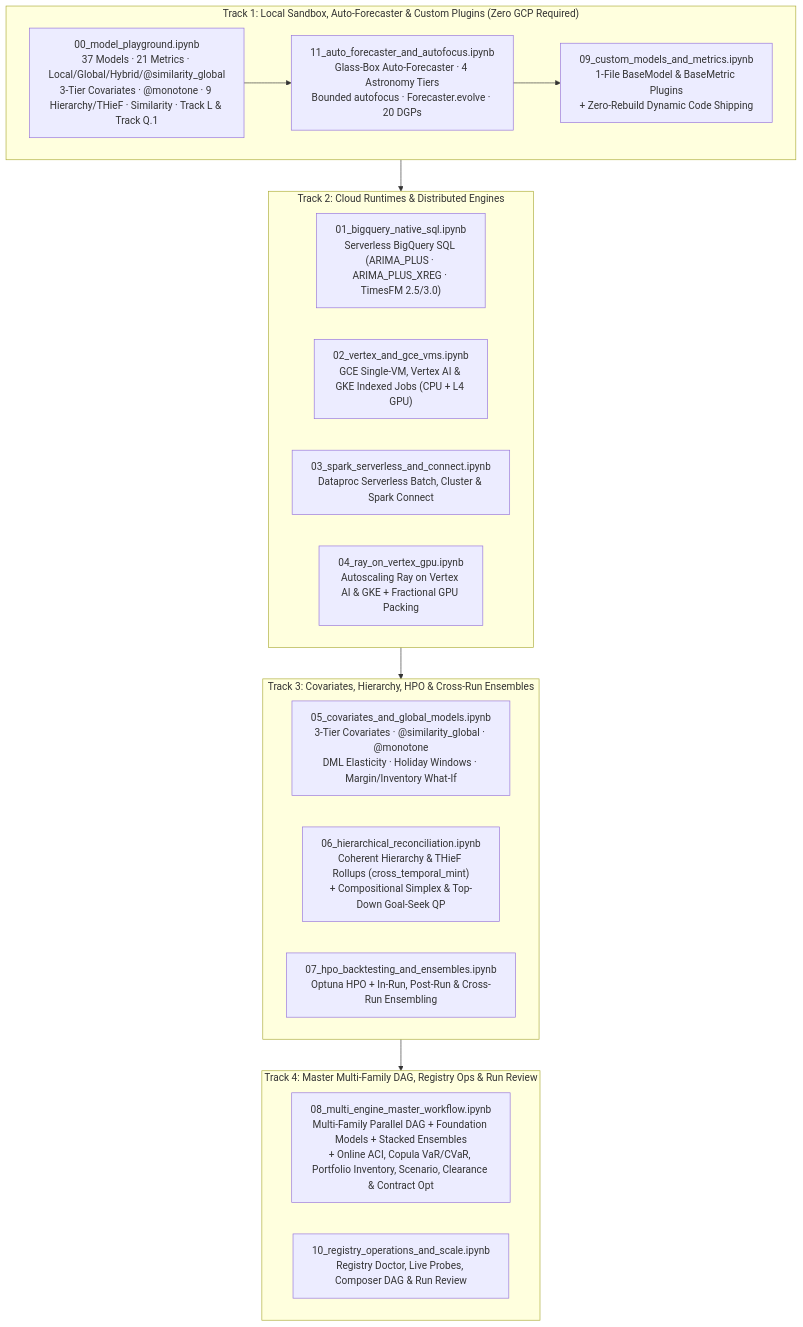
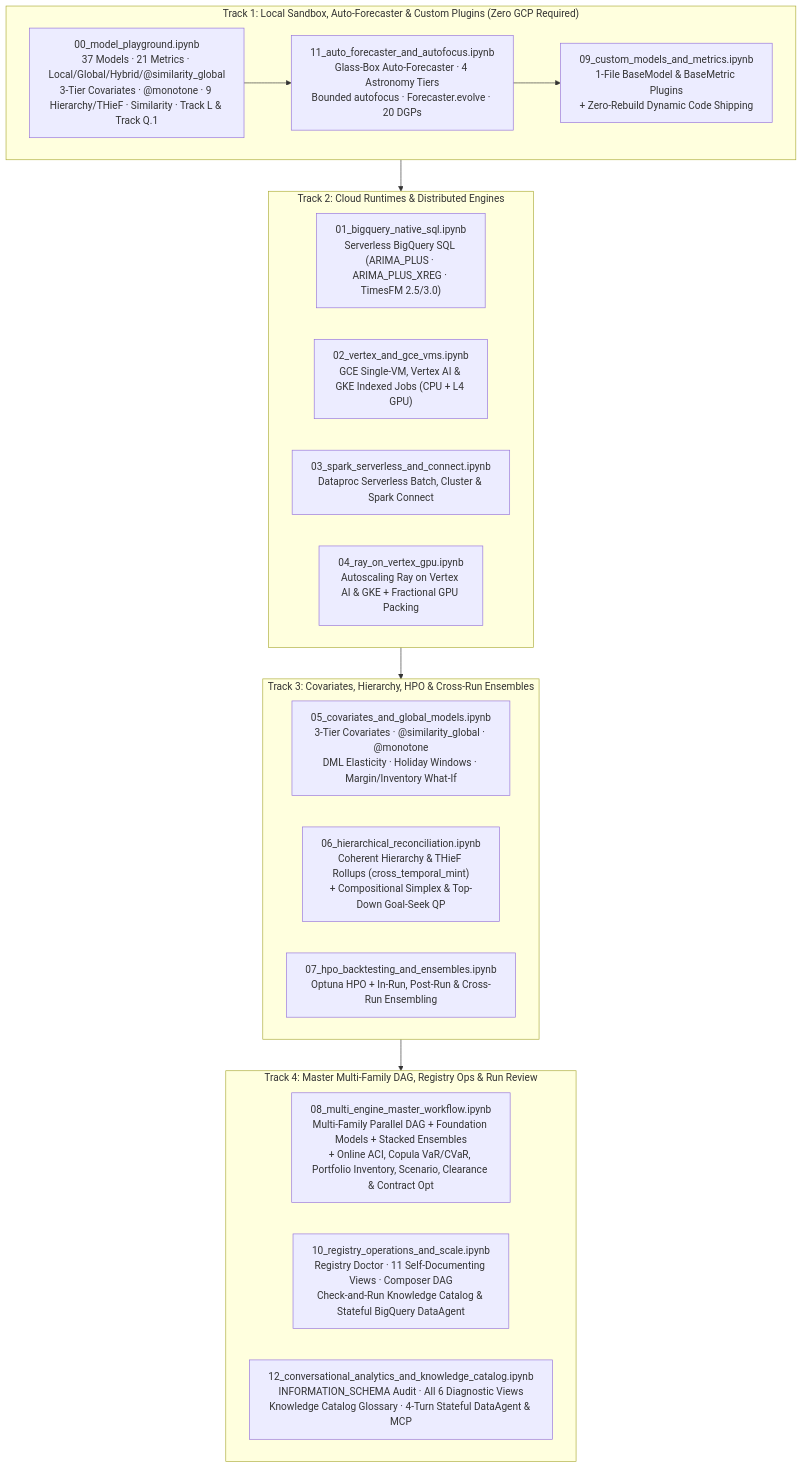
Before and after one commit to statmike/scale-forecasting: the diagram in notebooks/README.md, drawn with Mermaid. The commit also changed other lines of this file and 92 other files, not shown here.

````diff
--- a/notebooks/README.md
+++ b/notebooks/README.md
@@ -8,29 +8,30 @@
 ```mermaid
 flowchart TD
     subgraph Track1["Track 1: Local Sandbox, Auto-Forecaster & Custom Plugins (Zero GCP Required)"]
         NB00["00_model_playground.ipynb<br/>37 Models · 21 Metrics · Local/Global/Hybrid/@similarity_global<br/>3-Tier Covariates · @monotone · 9 Hierarchy/THieF · Similarity · Track L & Track Q.1"]
         NB11["11_auto_forecaster_and_autofocus.ipynb<br/>Glass-Box Auto-Forecaster · 4 Astronomy Tiers<br/>Bounded autofocus · Forecaster.evolve · 20 DGPs"]
         NB09["09_custom_models_and_metrics.ipynb<br/>1-File BaseModel & BaseMetric Plugins<br/>+ Zero-Rebuild Dynamic Code Shipping"]
     end
 
     subgraph Track2["Track 2: Cloud Runtimes & Distributed Engines"]
         NB01["01_bigquery_native_sql.ipynb<br/>Serverless BigQuery SQL (ARIMA_PLUS · ARIMA_PLUS_XREG · TimesFM 2.5/3.0)"]
         NB02["02_vertex_and_gce_vms.ipynb<br/>GCE Single-VM, Vertex AI & GKE Indexed Jobs (CPU + L4 GPU)"]
         NB03["03_spark_serverless_and_connect.ipynb<br/>Dataproc Serverless Batch, Cluster & Spark Connect"]
         NB04["04_ray_on_vertex_gpu.ipynb<br/>Autoscaling Ray on Vertex AI & GKE + Fractional GPU Packing"]
     end
 
     subgraph Track3["Track 3: Covariates, Hierarchy, HPO & Cross-Run Ensembles"]
         NB05["05_covariates_and_global_models.ipynb<br/>3-Tier Covariates · @similarity_global · @monotone<br/>DML Elasticity · Holiday Windows · Margin/Inventory What-If"]
         NB06["06_hierarchical_reconciliation.ipynb<br/>Coherent Hierarchy & THieF Rollups (cross_temporal_mint)<br/>+ Compositional Simplex & Top-Down Goal-Seek QP"]
         NB07["07_hpo_backtesting_and_ensembles.ipynb<br/>Optuna HPO + In-Run, Post-Run & Cross-Run Ensembling"]
     end
 
     subgraph Track4["Track 4: Master Multi-Family DAG, Registry Ops & Run Review"]
         NB08["08_multi_engine_master_workflow.ipynb<br/>Multi-Family Parallel DAG + Foundation Models + Stacked Ensembles<br/>+ Online ACI, Copula VaR/CVaR, Portfolio Inventory, Scenario, Clearance & Contract Opt"]
-        NB10["10_registry_operations_and_scale.ipynb<br/>Registry Doctor, Live Probes, Composer DAG & Run Review"]
+        NB10["10_registry_operations_and_scale.ipynb<br/>Registry Doctor · 11 Self-Documenting Views · Composer DAG<br/>Check-and-Run Knowledge Catalog & Stateful BigQuery DataAgent"]
+        NB12["12_conversational_analytics_and_knowledge_catalog.ipynb<br/>INFORMATION_SCHEMA Audit · All 6 Diagnostic Views<br/>Knowledge Catalog Glossary · 4-Turn Stateful DataAgent & MCP"]
     end
 
     NB00 --> NB11 --> NB09
     Track1 --> Track2 --> Track3 --> Track4
 ```
````
